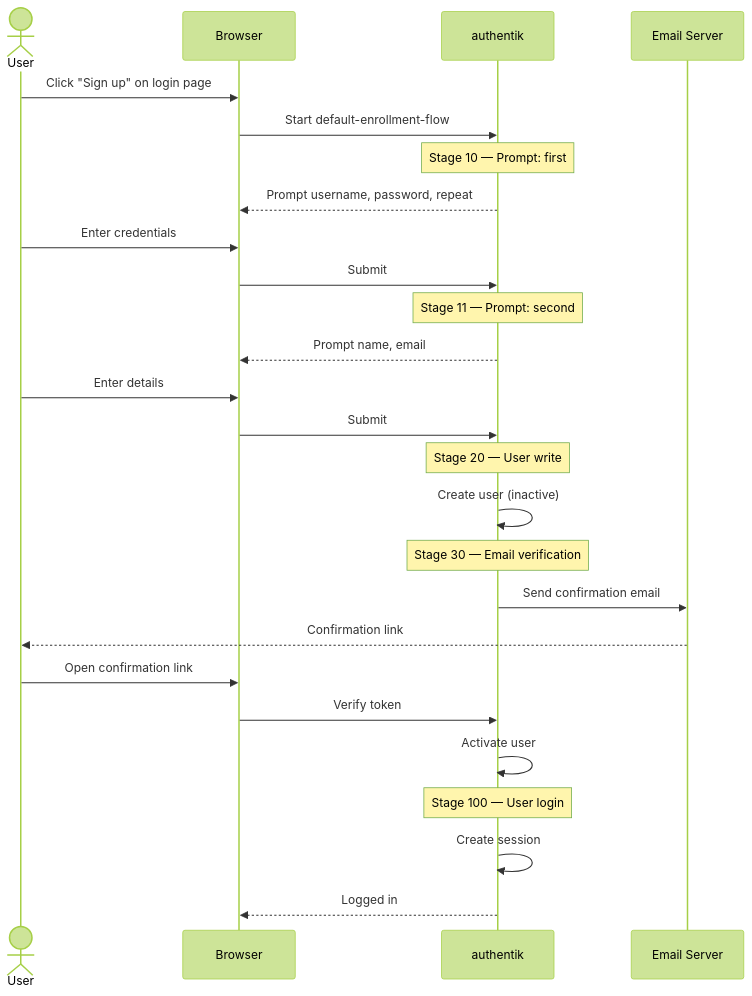
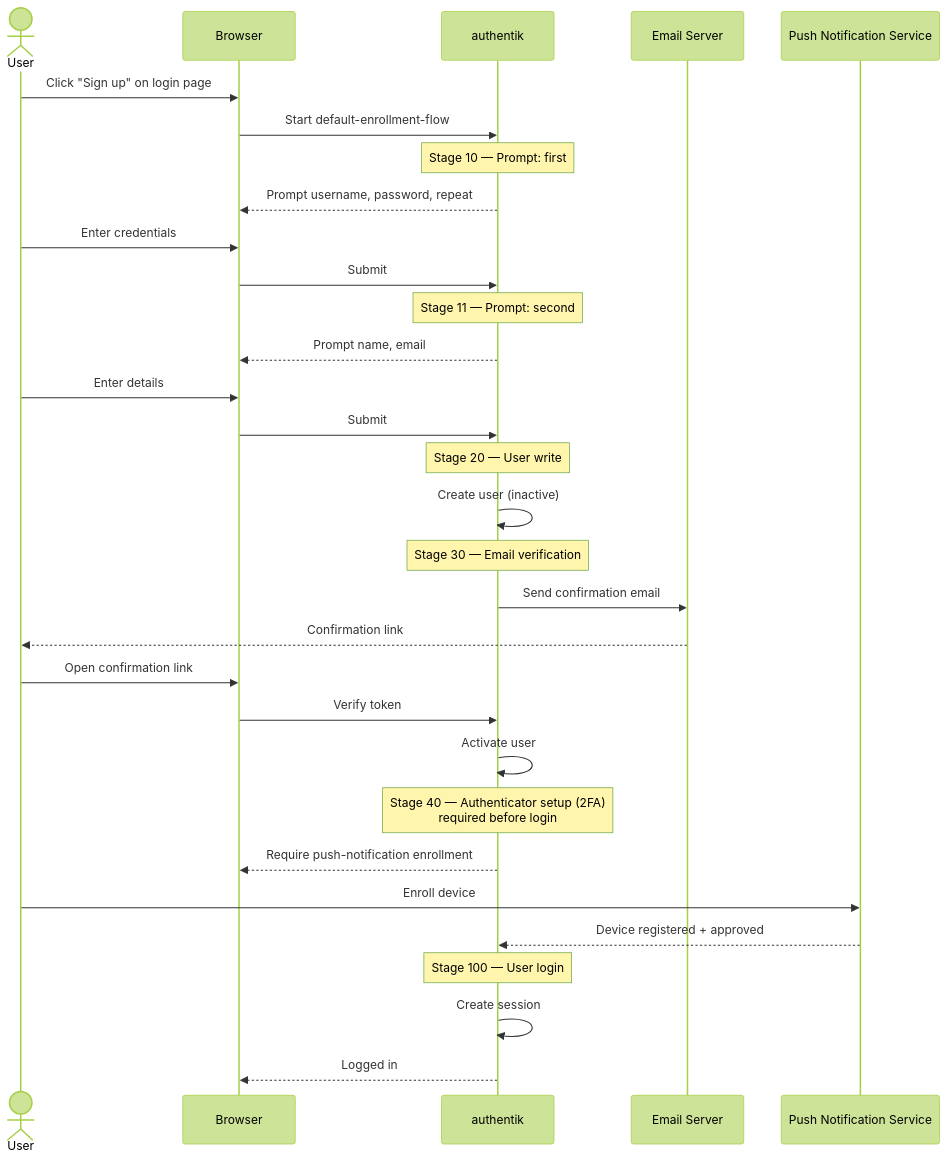
One commit to mieweb/opensource-server changed the third of 5 diagrams in authentik/README.md. Above: the diagram before and after it, drawn with Mermaid (forest theme). The commit also changed other lines of this file and 3 other files, not shown here.

````diff
--- a/authentik/README.md
+++ b/authentik/README.md
@@ -165,34 +172,40 @@
 ```mermaid
 sequenceDiagram
     actor User
     participant Browser
     participant authentik
     participant Email as Email Server
+    participant Push as Push Notification Service
 
     User->>Browser: Click "Sign up" on login page
     Browser->>authentik: Start default-enrollment-flow
 
     Note over authentik: Stage 10 — Prompt: first
     authentik-->>Browser: Prompt username, password, repeat
     User->>Browser: Enter credentials
     Browser->>authentik: Submit
 
     Note over authentik: Stage 11 — Prompt: second
     authentik-->>Browser: Prompt name, email
     User->>Browser: Enter details
     Browser->>authentik: Submit
 
     Note over authentik: Stage 20 — User write
     authentik->>authentik: Create user (inactive)
 
     Note over authentik: Stage 30 — Email verification
     authentik->>Email: Send confirmation email
     Email-->>User: Confirmation link
     User->>Browser: Open confirmation link
     Browser->>authentik: Verify token
     authentik->>authentik: Activate user
 
+    Note over authentik: Stage 40 — Authenticator setup (2FA)<br/>required before login
+    authentik-->>Browser: Require push-notification enrollment
+    User->>Push: Enroll device
+    Push-->>authentik: Device registered + approved
+
     Note over authentik: Stage 100 — User login
     authentik->>authentik: Create session
     authentik-->>Browser: Logged in
 ```
````
